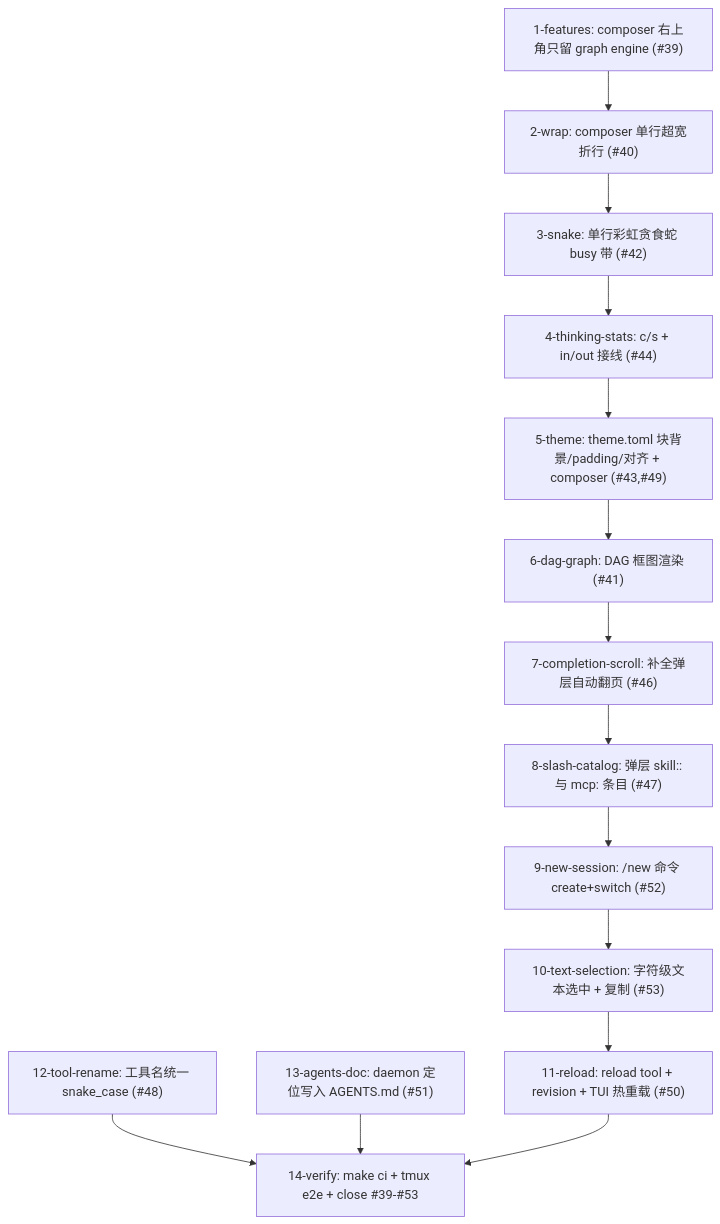
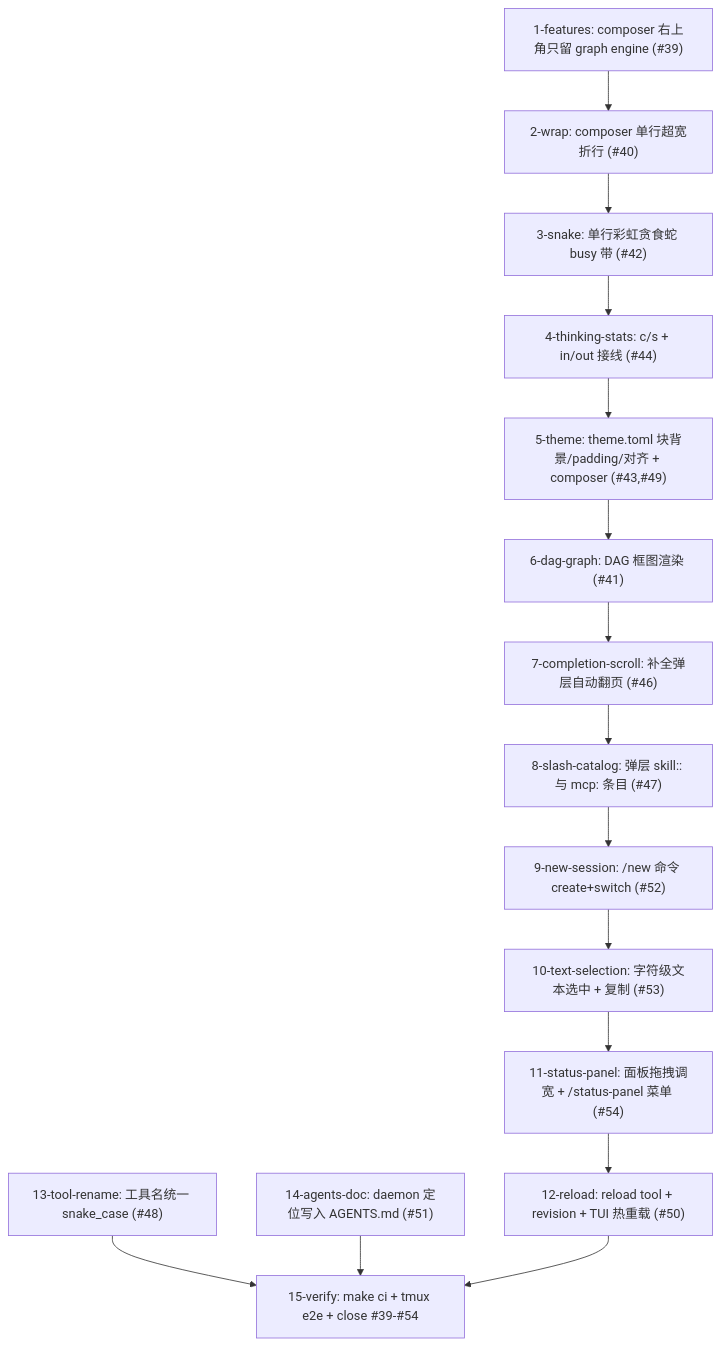
Before and after one commit to ptlzc/theway: the diagram in openspec/changes/tui-batch-polish/tasks.md, drawn with Mermaid. The commit also changed other lines of this file and 1 other file, not shown here.

Commit message:
docs(#54): 侧边面板拖拽调宽 + /status-panel 二级菜单入列（11-status-panel）

````diff
--- a/openspec/changes/tui-batch-polish/tasks.md
+++ b/openspec/changes/tui-batch-polish/tasks.md
@@ -3,16 +3,17 @@
 ```mermaid
 graph TD
   A["1-features: composer 右上角只留 graph engine (#39)"] --> B["2-wrap: composer 单行超宽折行 (#40)"]
   B --> C["3-snake: 单行彩虹贪食蛇 busy 带 (#42)"]
   C --> D["4-thinking-stats: c/s + in/out 接线 (#44)"]
   D --> E["5-theme: theme.toml 块背景/padding/对齐 + composer (#43,#49)"]
   E --> F["6-dag-graph: DAG 框图渲染 (#41)"]
   F --> G["7-completion-scroll: 补全弹层自动翻页 (#46)"]
   G --> H["8-slash-catalog: 弹层 skill:: 与 mcp: 条目 (#47)"]
   H --> I["9-new-session: /new 命令 create+switch (#52)"]
   I --> J["10-text-selection: 字符级文本选中 + 复制 (#53)"]
-  J --> K["11-reload: reload tool + revision + TUI 热重载 (#50)"]
-  L["12-tool-rename: 工具名统一 snake_case (#48)"] --> N["14-verify"]
-  M["13-agents-doc: daemon 定位写入 AGENTS.md (#51)"] --> N["14-verify"]
-  K --> N["14-verify: make ci + tmux e2e + close #39-#53"]
+  J --> K["11-status-panel: 面板拖拽调宽 + /status-panel 菜单 (#54)"]
+  K --> L["12-reload: reload tool + revision + TUI 热重载 (#50)"]
+  M["13-tool-rename: 工具名统一 snake_case (#48)"] --> O["15-verify"]
+  N["14-agents-doc: daemon 定位写入 AGENTS.md (#51)"] --> O["15-verify"]
+  L --> O["15-verify: make ci + tmux e2e + close #39-#54"]
 ```
````
